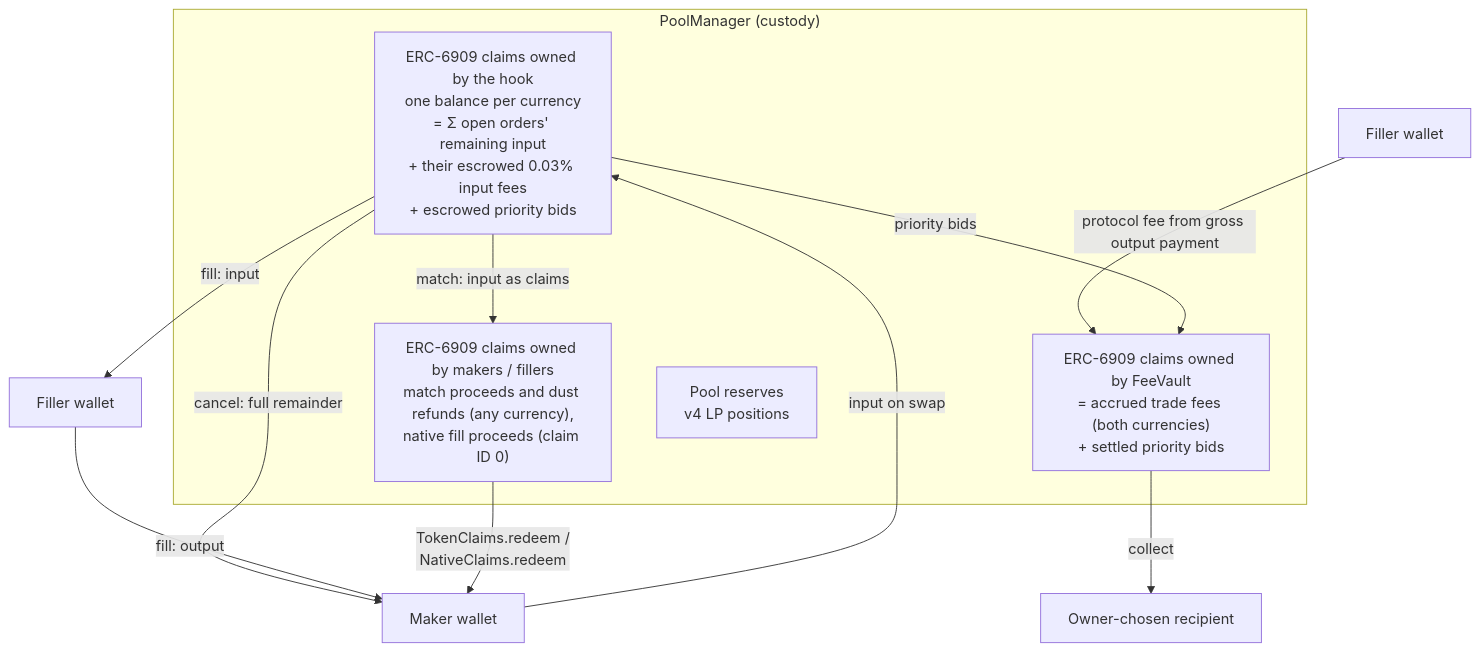
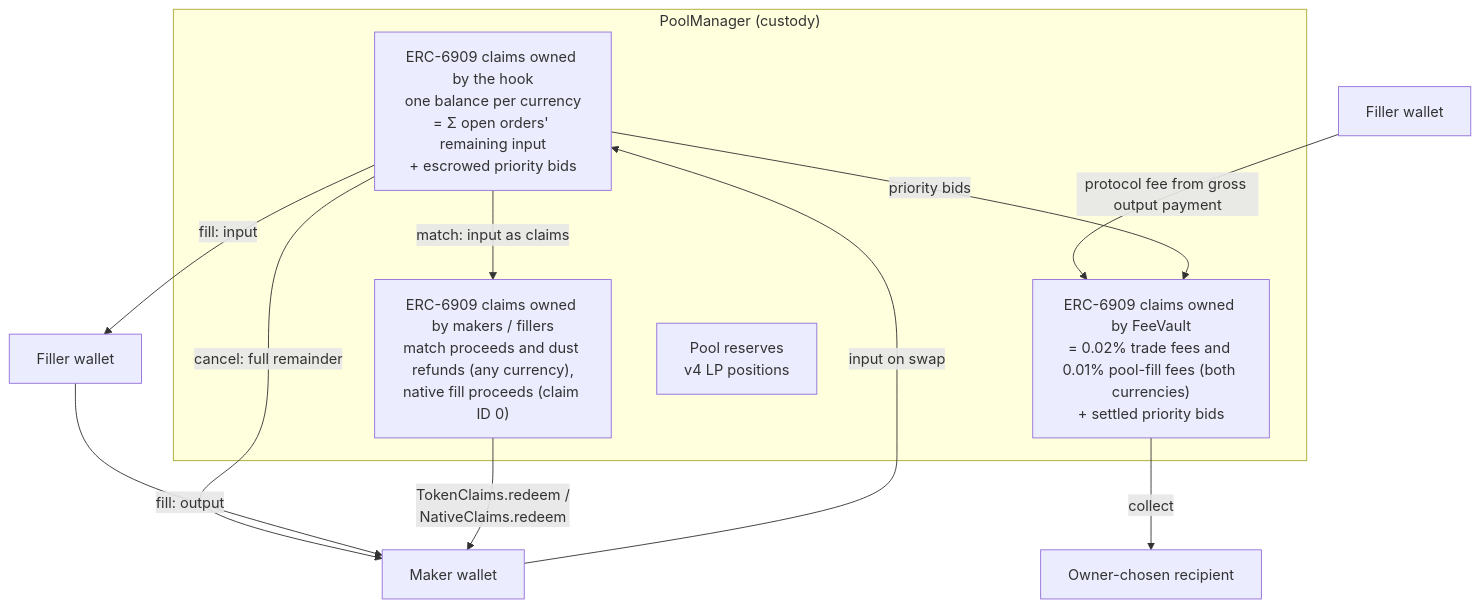
One commit to asyncswap/contracts changed the second of 5 diagrams in docs/protocol.md. Above: the diagram before and after it, drawn with Mermaid. The commit also changed other lines of this file and 62 other files, not shown here.

First line of the commit message:
Take the 0.02% trade fee from proceeds at settlement instead of reserving it

````diff
--- a/docs/protocol.md
+++ b/docs/protocol.md
@@ -77,18 +77,18 @@
 ```mermaid
 flowchart TB
     subgraph PoolManager["PoolManager (custody)"]
-        Escrow["ERC-6909 claims owned by the hook<br/>one balance per currency<br/>= Σ open orders' remaining input<br/>+ their escrowed 0.03% input fees<br/>+ escrowed priority bids"]
-        Fees["ERC-6909 claims owned by FeeVault<br/>= accrued trade fees (both currencies)<br/>+ settled priority bids"]
+        Escrow["ERC-6909 claims owned by the hook<br/>one balance per currency<br/>= Σ open orders' remaining input<br/>+ escrowed priority bids"]
+        Fees["ERC-6909 claims owned by FeeVault<br/>= 0.02% trade fees and 0.01% pool-fill fees (both currencies)<br/>+ settled priority bids"]
         User["ERC-6909 claims owned by makers / fillers<br/>match proceeds and dust refunds (any currency),<br/>native fill proceeds (claim ID 0)"]
         Reserves["Pool reserves<br/>v4 LP positions"]
     end
     MakerW["Maker wallet"] -->|input on swap| Escrow
     Escrow -->|cancel: full remainder| MakerW
     Escrow -->|match: input as claims| User
     Escrow -->|fill: input| CounterW["Filler wallet"]
     CounterW -->|fill: output| MakerW
     FillerW["Filler wallet"] -->|protocol fee from gross output payment| Fees
     Escrow -->|priority bids| Fees
     Fees -->|collect| OwnerW["Owner-chosen recipient"]
     User -->|TokenClaims.redeem /<br/>NativeClaims.redeem| MakerW
 ```
````
